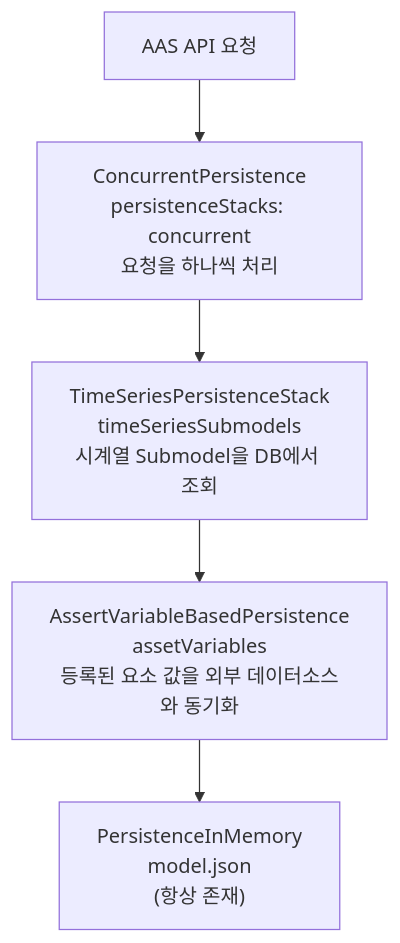
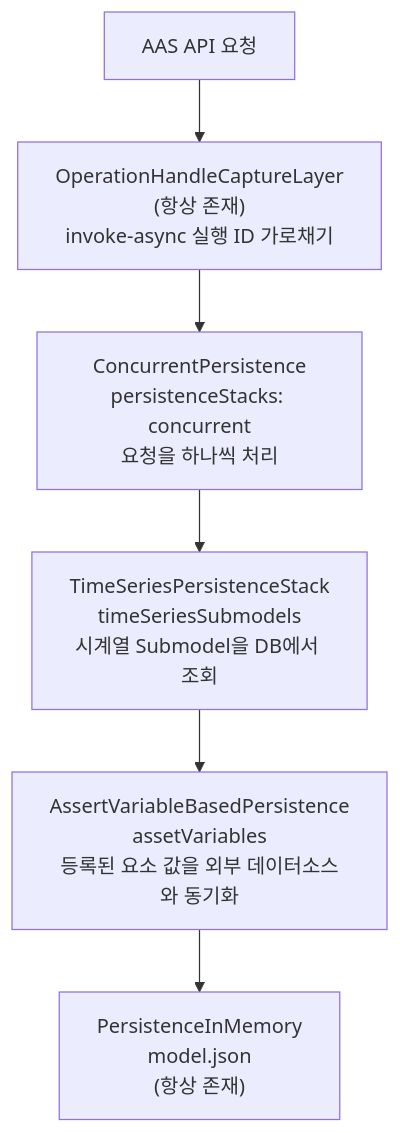
The third of 3 diagrams in README.md (kwlee0220/mdt-instance), drawn with Mermaid before and after one commit. The commit also changed other lines of this file and 69 other files, not shown here.

````diff
--- a/README.md
+++ b/README.md
@@ -397,8 +394,9 @@
 ```mermaid
 flowchart TD
-    REQ[AAS API 요청] --> CC
+    REQ[AAS API 요청] --> OH["OperationHandleCaptureLayer<br/>(항상 존재)<br/>invoke-async 실행 ID 가로채기"]
+    OH --> CC
     CC["ConcurrentPersistence<br/>persistenceStacks: concurrent<br/>요청을 하나씩 처리"]
     CC --> TS["TimeSeriesPersistenceStack<br/>timeSeriesSubmodels<br/>시계열 Submodel을 DB에서 조회"]
     TS --> AV["AssertVariableBasedPersistence<br/>assetVariables<br/>등록된 요소 값을 외부 데이터소스와 동기화"]
     AV --> MEM["PersistenceInMemory<br/>model.json<br/>(항상 존재)"]
 ```
````
